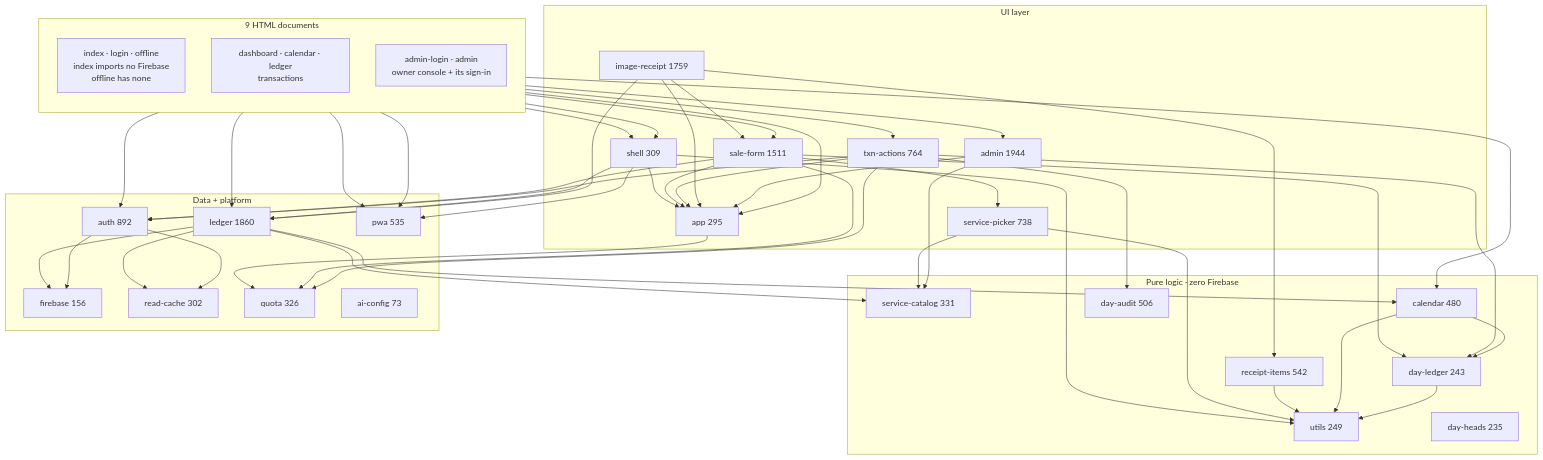
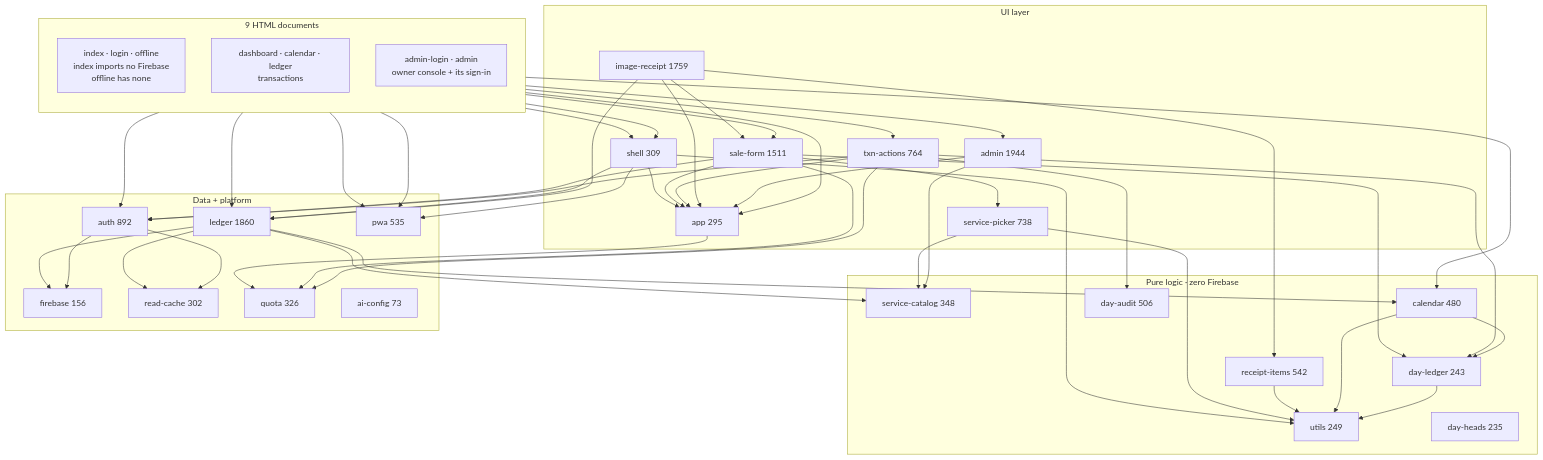
Before and after one commit to arshinmrelju/leadger: the diagram in docs/ARCHITECTURE.md, drawn with Mermaid. The commit also changed other lines of this file and 5 other files, not shown here.

```diff
--- a/docs/ARCHITECTURE.md
+++ b/docs/ARCHITECTURE.md
@@ -23,7 +23,7 @@
 
     subgraph PURE["Pure logic · zero Firebase"]
         UTIL["utils 249"]
-        CAT["service-catalog 331"]
+        CAT["service-catalog 348"]
         DH["day-heads 235"]
         DL["day-ledger 243"]
         CAL["calendar 480"]
```
